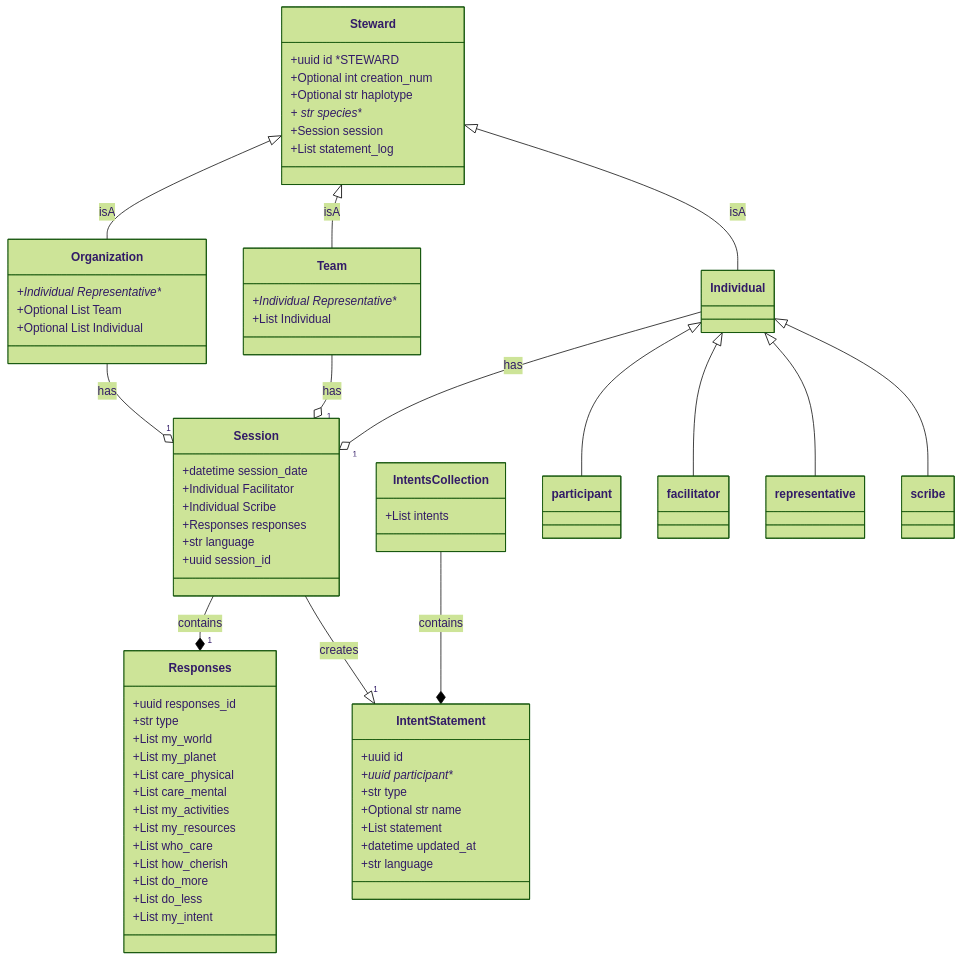
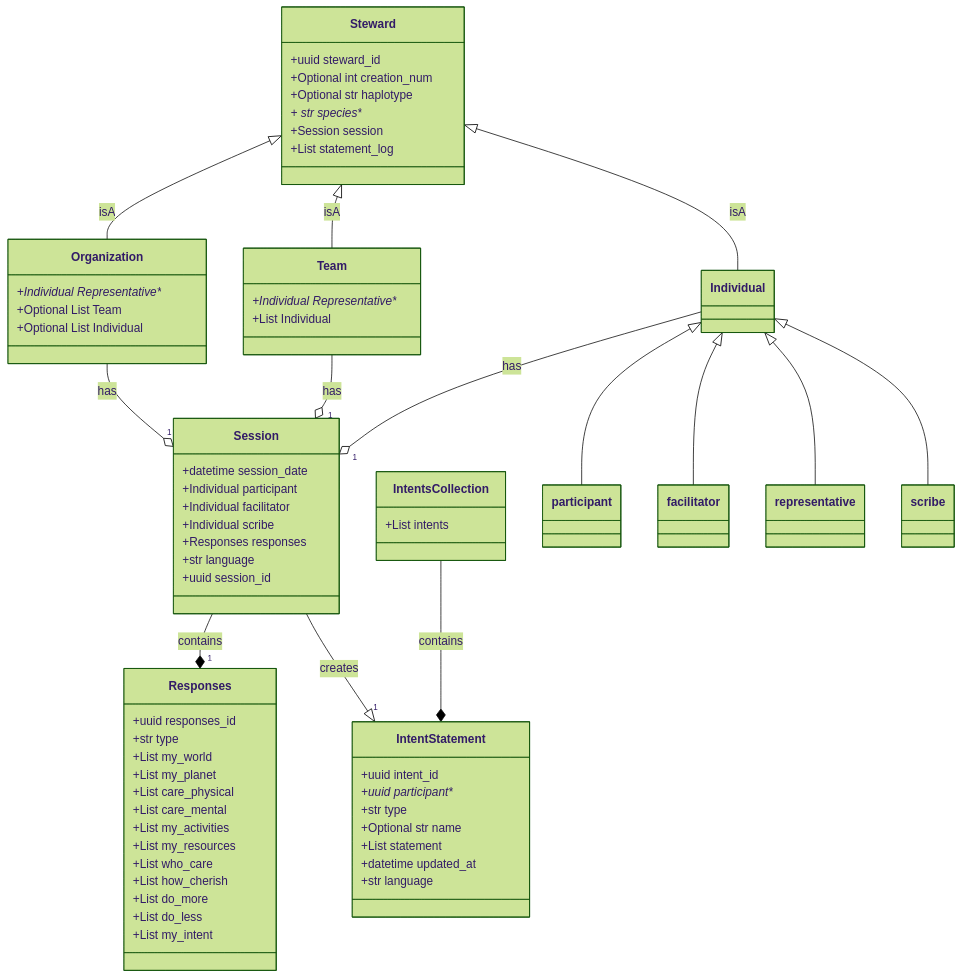
One commit to drew-wks/intent-for-the-planet changed the diagram in docs/data_models_diagram.md. Above: the diagram before and after it, drawn with Mermaid (forest theme).

````diff
--- a/docs/data_models_diagram.md
+++ b/docs/data_models_diagram.md
@@ -5,71 +5,72 @@
 ```mermaid
 classDiagram
     class Steward {
-        +uuid id *STEWARD
+        +uuid steward_id
         +Optional int creation_num
         +Optional str haplotype
         + str species**
         +Session session
         +List statement_log
     }
     class Individual {
     }
     class Team {
         +Individual Representative**
         +List Individual
     }
     class Organization {
         +Individual Representative**
         +Optional List Team
         +Optional List Individual
     }
     class Session {
         +datetime session_date
-        +Individual Facilitator
-        +Individual Scribe
+        +Individual participant
+        +Individual facilitator
+        +Individual scribe
         +Responses responses
         +str language
         +uuid session_id
     }
     class Responses {
         +uuid responses_id
         +str type
         +List my_world
         +List my_planet
         +List care_physical
         +List care_mental
         +List my_activities
         +List my_resources
         +List who_care
         +List how_cherish
         +List do_more
         +List do_less
         +List my_intent
     }
     class IntentStatement {
-        +uuid id
+        +uuid intent_id
         +uuid participant**
         +str type
         +Optional str name
         +List statement
         +datetime updated_at
         +str language
     }
     class IntentsCollection {
         +List intents
     }
     IntentsCollection --* IntentStatement : contains
     Session --* "1" Responses : contains
     Steward <|-- Individual : isA
     Steward <|-- Team : isA
     Steward <|-- Organization : isA
     Session--|> "1" IntentStatement : creates
     Individual --o "1" Session : has
     Individual <|-- participant
     Individual <|-- facilitator
     Individual <|-- representative
     Individual <|-- scribe
     Team --o "1" Session : has
     Organization --o "1" Session : has
 
 ```
````
